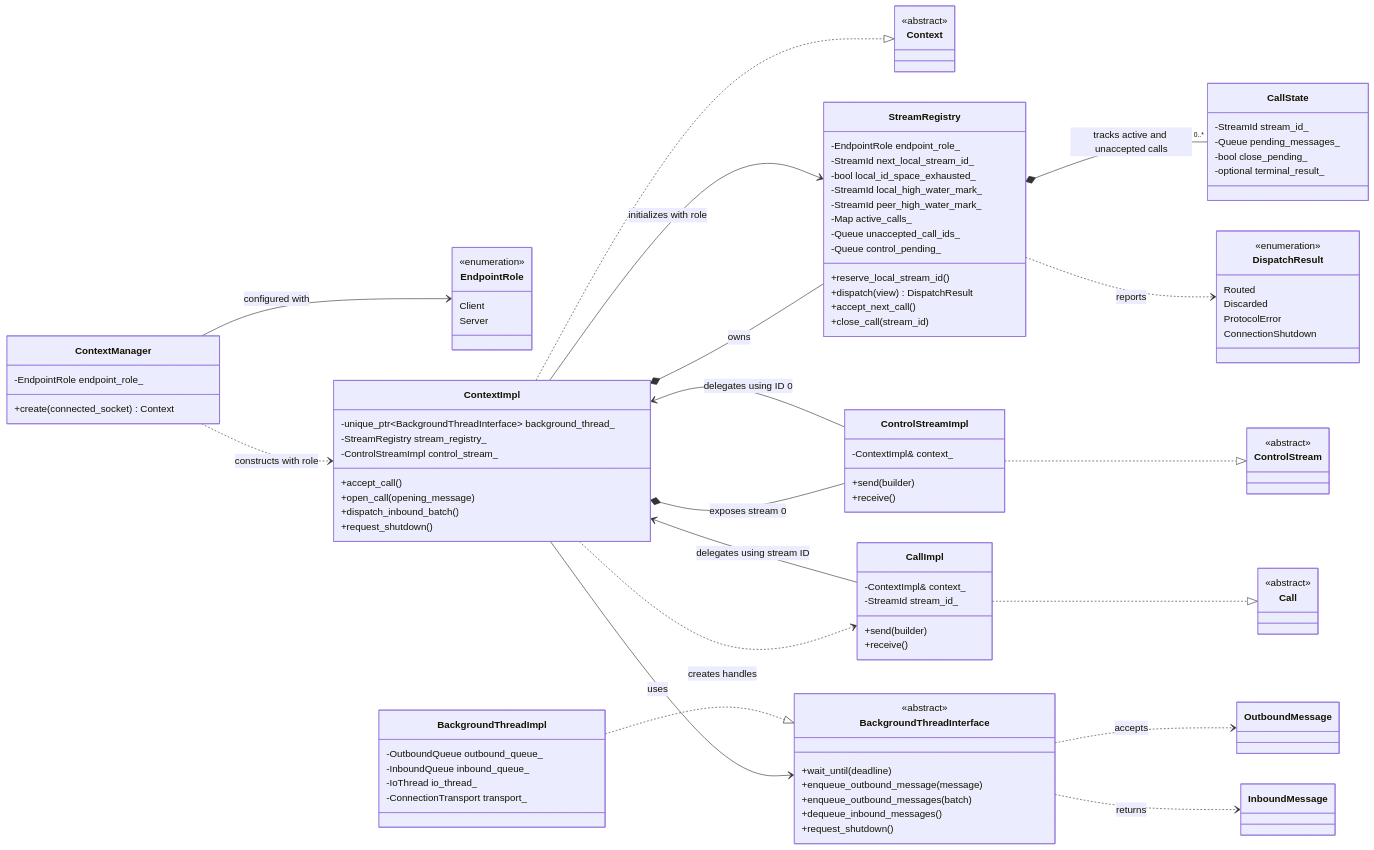
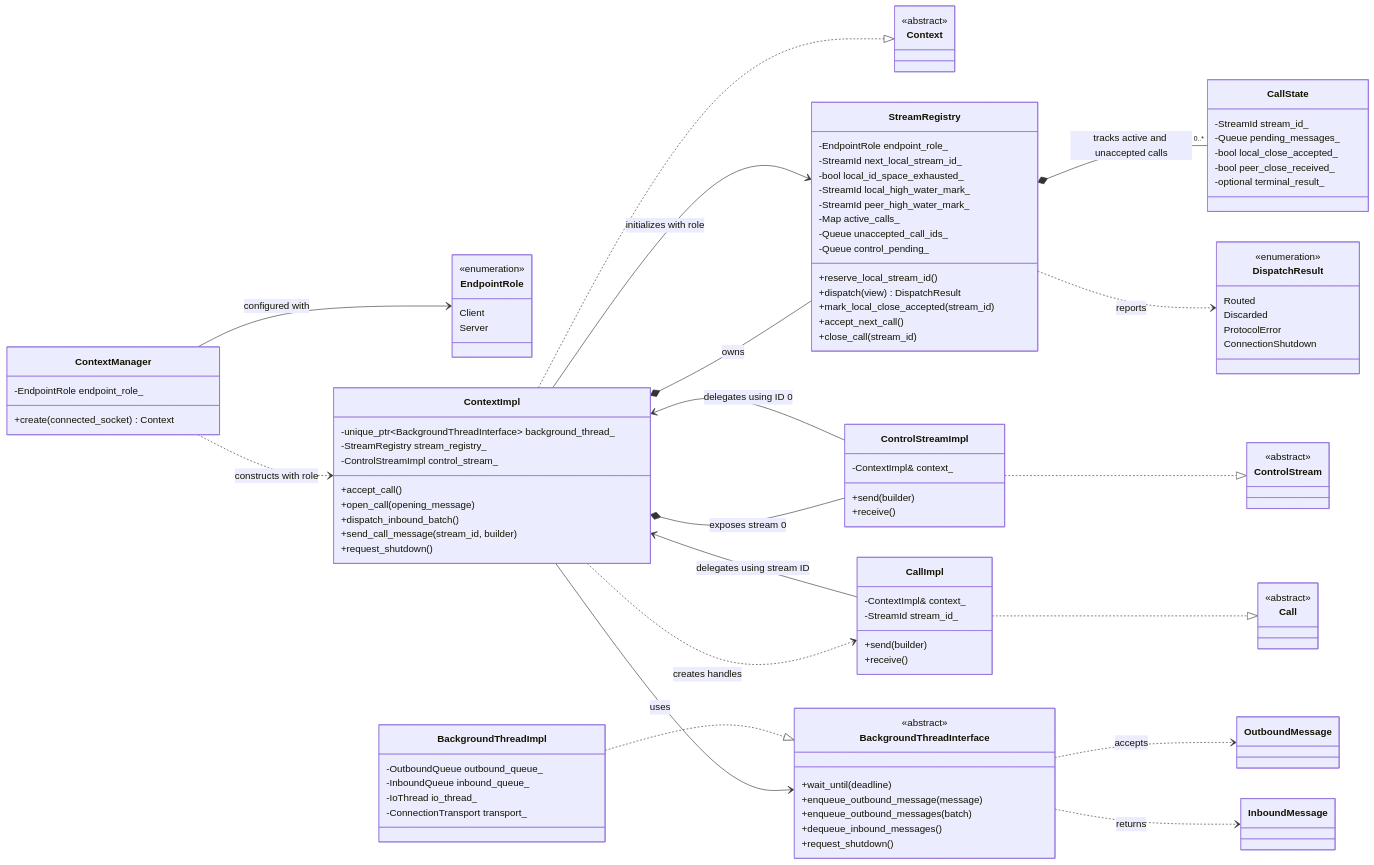
The diagram in doc/design/v2/runner/stream_management.md (exasol/udf-runner-cpp), drawn with Mermaid before and after one commit. The commit also changed other lines of this file and 1 other file, not shown here.

```diff
--- a/doc/design/v2/runner/stream_management.md
+++ b/doc/design/v2/runner/stream_management.md
@@ -230,6 +241,7 @@
     +accept_call()
     +open_call(opening_message)
     +dispatch_inbound_batch()
+    +send_call_message(stream_id, builder)
     +request_shutdown()
 }
 class StreamRegistry {
@@ -243,13 +255,15 @@
     -Queue control_pending_
     +reserve_local_stream_id()
     +dispatch(view) DispatchResult
+    +mark_local_close_accepted(stream_id)
     +accept_next_call()
     +close_call(stream_id)
 }
 class CallState {
     -StreamId stream_id_
     -Queue pending_messages_
-    -bool close_pending_
+    -bool local_close_accepted_
+    -bool peer_close_received_
     -optional terminal_result_
 }
 class CallImpl {
```
